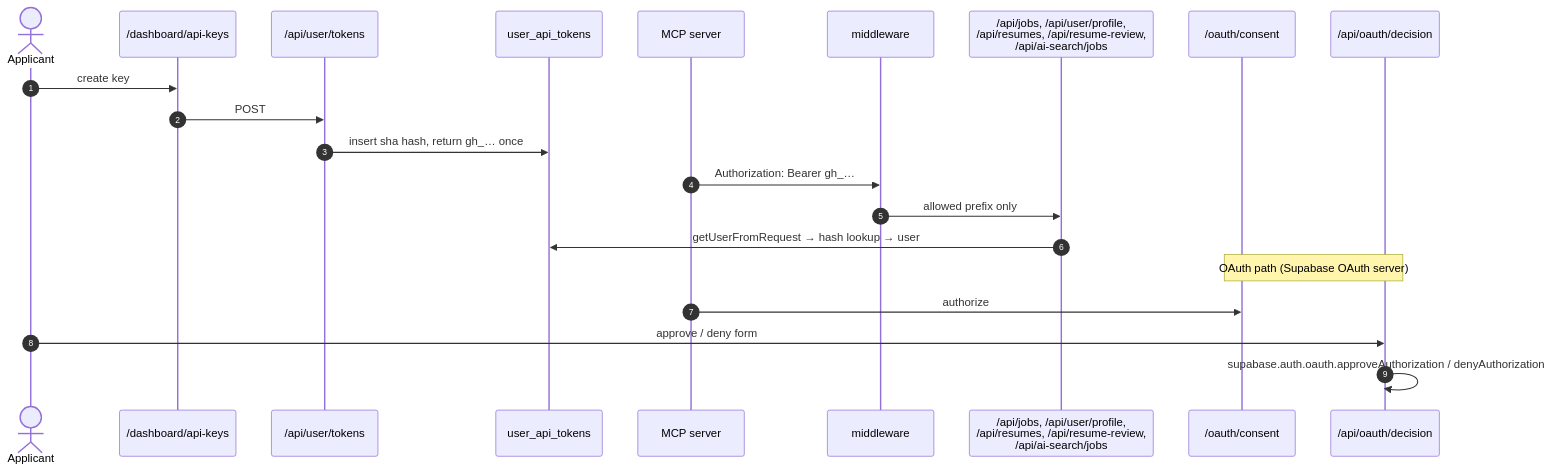
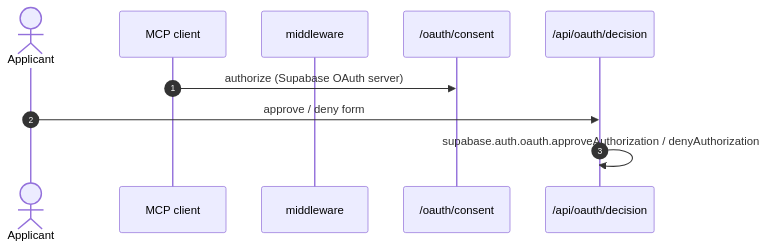
Before and after one commit to kVarunkk/GetHired: the fifth of 7 diagrams in docs/app-flows/01-platform.md, drawn with Mermaid. The commit also changed other lines of this file and 251 other files, not shown here.

````diff
--- a/docs/app-flows/01-platform.md
+++ b/docs/app-flows/01-platform.md
@@ -116,24 +118,13 @@
 ```mermaid
 sequenceDiagram
   autonumber
   actor U as Applicant
-  participant K as /dashboard/api-keys
-  participant TK as /api/user/tokens
-  participant DB as user_api_tokens
-  participant MCP as MCP server
+  participant MCP as MCP client
   participant MW as middleware
-  participant API as /api/jobs, /api/user/profile,<br/>/api/resumes, /api/resume-review,<br/>/api/ai-search/jobs
   participant OC as /oauth/consent
   participant OD as /api/oauth/decision
 
-  U->>K: create key
-  K->>TK: POST
-  TK->>DB: insert sha hash, return gh_… once
-  MCP->>MW: Authorization: Bearer gh_…
-  MW->>API: allowed prefix only
-  API->>DB: getUserFromRequest → hash lookup → user
-  Note over OC,OD: OAuth path (Supabase OAuth server)
-  MCP->>OC: authorize
+  MCP->>OC: authorize (Supabase OAuth server)
   U->>OD: approve / deny form
   OD->>OD: supabase.auth.oauth.approveAuthorization / denyAuthorization
 ```
````
